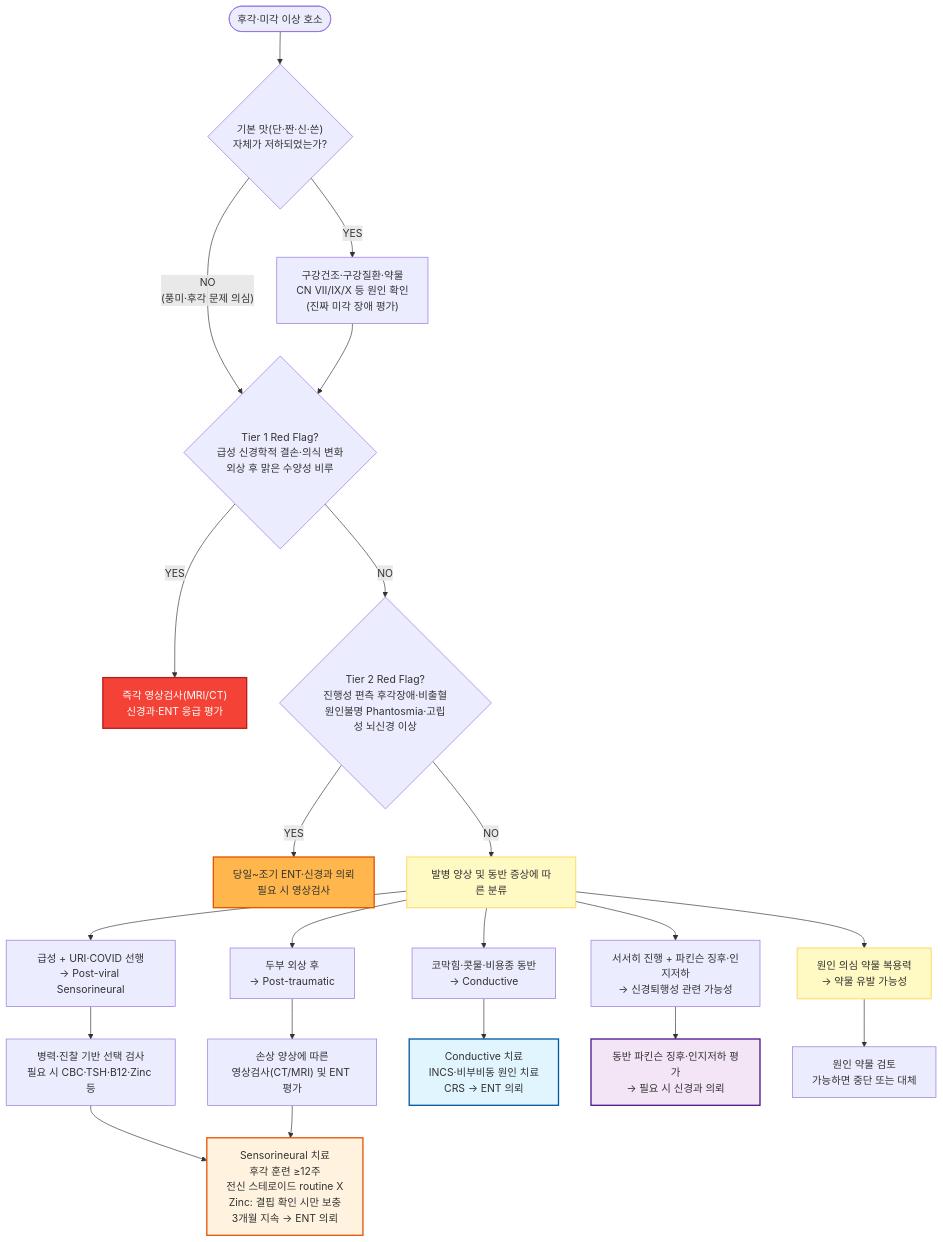
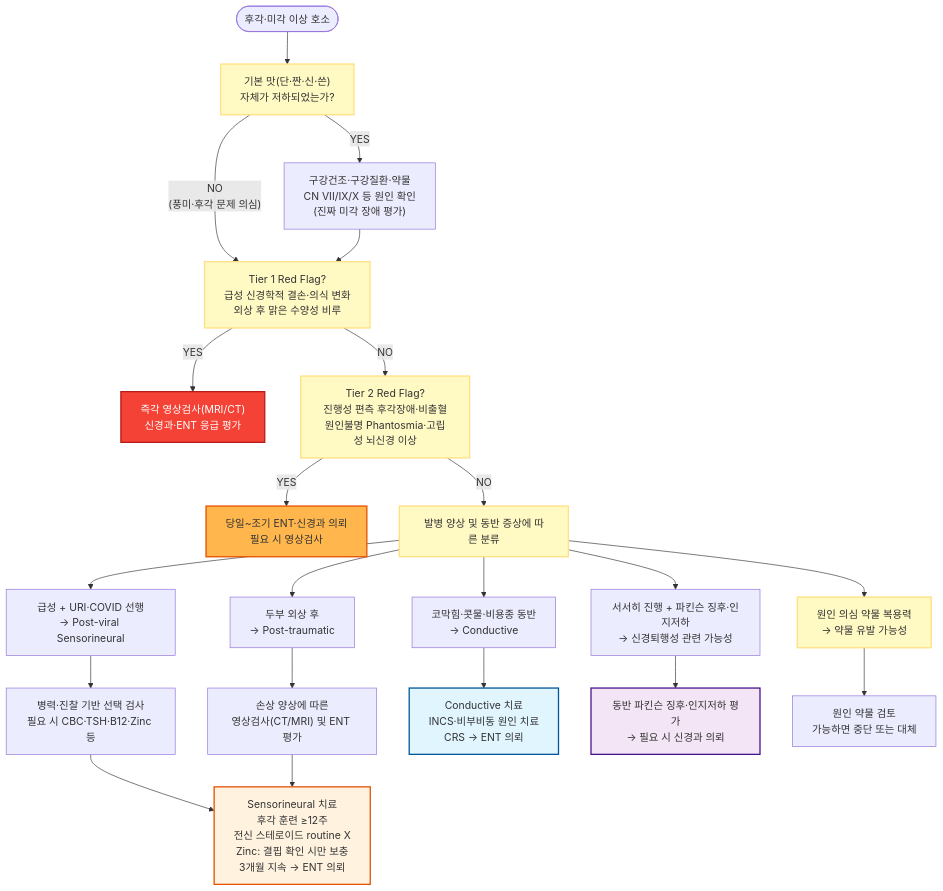
The diagram in 220_/005_-smell-taste-disorders.md (familyoh77/familyoh77), drawn with Mermaid before and after one commit.

````diff
--- a/220_/005_-smell-taste-disorders.md
+++ b/220_/005_-smell-taste-disorders.md
@@ -165,30 +165,33 @@
 ```mermaid
 graph TD
-    A([후각·미각 이상 호소]) --> B{"기본 맛(단·짠·신·쓴)<br/>자체가 저하되었는가?"}
+    A([후각·미각 이상 호소]) --> B["기본 맛(단·짠·신·쓴)<br/>자체가 저하되었는가?"]
     B -->|"YES"| C["구강건조·구강질환·약물<br/>CN VII/IX/X 등 원인 확인<br/>(진짜 미각 장애 평가)"]
-    B -->|"NO<br/>(풍미·후각 문제 의심)"| D{"Tier 1 Red Flag?<br/>급성 신경학적 결손·의식 변화<br/>외상 후 맑은 수양성 비루"}
+    B -->|"NO<br/>(풍미·후각 문제 의심)"| D["Tier 1 Red Flag?<br/>급성 신경학적 결손·의식 변화<br/>외상 후 맑은 수양성 비루"]
     C --> D
     D -->|"YES"| E1["즉각 영상검사(MRI/CT)<br/>신경과·ENT 응급 평가"]
-    D -->|"NO"| D2{"Tier 2 Red Flag?<br/>진행성 편측 후각장애·비출혈<br/>원인불명 Phantosmia·고립성 뇌신경 이상"}
+    D -->|"NO"| D2["Tier 2 Red Flag?<br/>진행성 편측 후각장애·비출혈<br/>원인불명 Phantosmia·고립성 뇌신경 이상"]
     D2 -->|"YES"| E2["당일~조기 ENT·신경과 의뢰<br/>필요 시 영상검사"]
     D2 -->|"NO"| F["발병 양상 및 동반 증상에 따른 분류"]
     F --> G["급성 + URI·COVID 선행<br/>→ Post-viral Sensorineural"]
     F --> H["두부 외상 후<br/>→ Post-traumatic"]
     F --> I["코막힘·콧물·비용종 동반<br/>→ Conductive"]
     F --> J["서서히 진행 + 파킨슨 징후·인지저하<br/>→ 신경퇴행성 관련 가능성"]
     F --> P["원인 의심 약물 복용력<br/>→ 약물 유발 가능성"]
     G --> K["병력·진찰 기반 선택 검사<br/>필요 시 CBC·TSH·B12·Zinc 등"]
     H --> H2["손상 양상에 따른<br/>영상검사(CT/MRI) 및 ENT 평가"]
     I --> L["Conductive 치료<br/>INCS·비부비동 원인 치료<br/>CRS → ENT 의뢰"]
     J --> M["동반 파킨슨 징후·인지저하 평가<br/>→ 필요 시 신경과 의뢰"]
     P --> P2["원인 약물 검토<br/>가능하면 중단 또는 대체"]
     K --> N["Sensorineural 치료<br/>후각 훈련 ≥12주<br/>전신 스테로이드 routine X<br/>Zinc: 결핍 확인 시만 보충<br/>3개월 지속 → ENT 의뢰"]
     H2 --> N
+    style B fill:#fff9c4,stroke:#ffe082,stroke-width:2px
+    style D fill:#fff9c4,stroke:#ffe082,stroke-width:2px
+    style D2 fill:#fff9c4,stroke:#ffe082,stroke-width:2px
     style E1 fill:#f44336,stroke:#b71c1c,color:#fff,stroke-width:2px
     style E2 fill:#ffb74d,stroke:#e65100,stroke-width:2px
     style F fill:#fff9c4,stroke:#ffe082,stroke-width:2px
     style P fill:#fff9c4,stroke:#ffe082,stroke-width:2px
     style L fill:#e1f5fe,stroke:#01579b,stroke-width:2px
     style N fill:#fff3e0,stroke:#e65100,stroke-width:2px
     style M fill:#f3e5f5,stroke:#4a148c,stroke-width:2px
 ```
````
